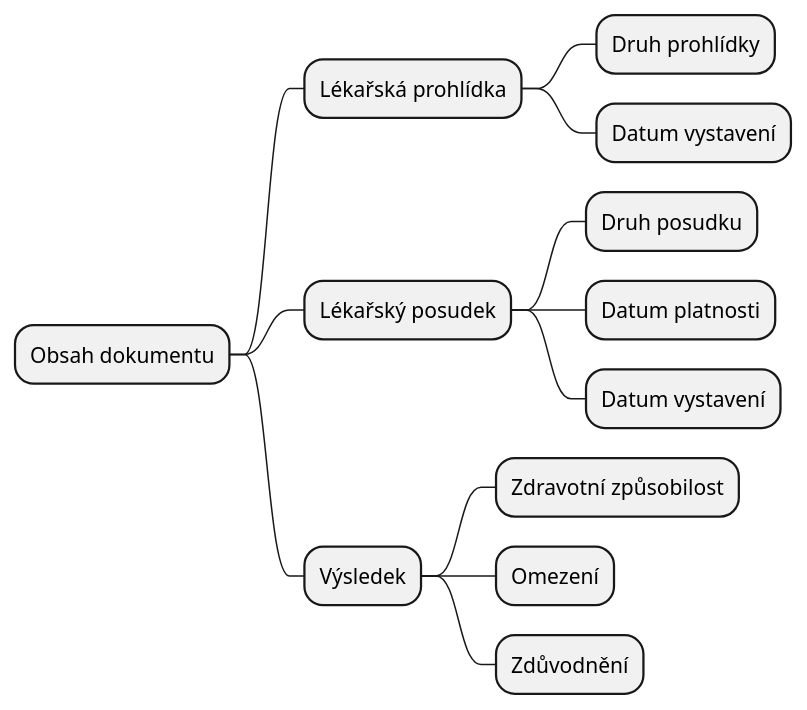
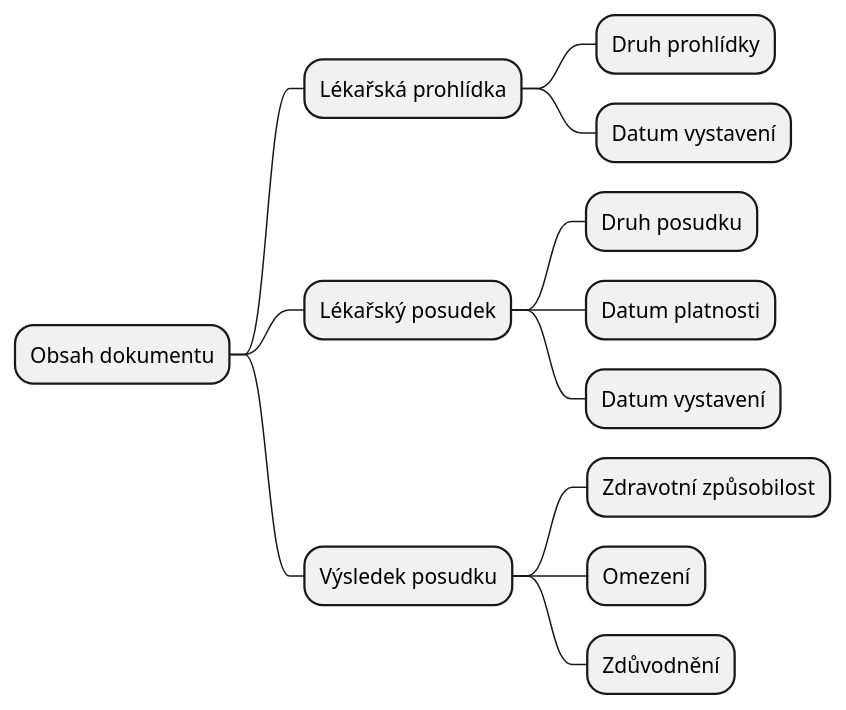
The diagram in input/images-source/elpBody_CIM-cs.plantuml (HL7-cz/elp), drawn with PlantUML before and after one commit. The commit also changed 3 other files, not shown here.

```diff
--- a/input/images-source/elpBody_CIM-cs.plantuml
+++ b/input/images-source/elpBody_CIM-cs.plantuml
@@ -1,14 +1,14 @@
 @startmindmap
 * Obsah dokumentu
 ** Lékařská prohlídka
 *** Druh prohlídky
 *** Datum vystavení
 ** Lékařský posudek
 *** Druh posudku
 *** Datum platnosti
 *** Datum vystavení
-** Výsledek
+** Výsledek posudku
 *** Zdravotní způsobilost
 *** Omezení
 *** Zdůvodnění
 @endmindmap
```
